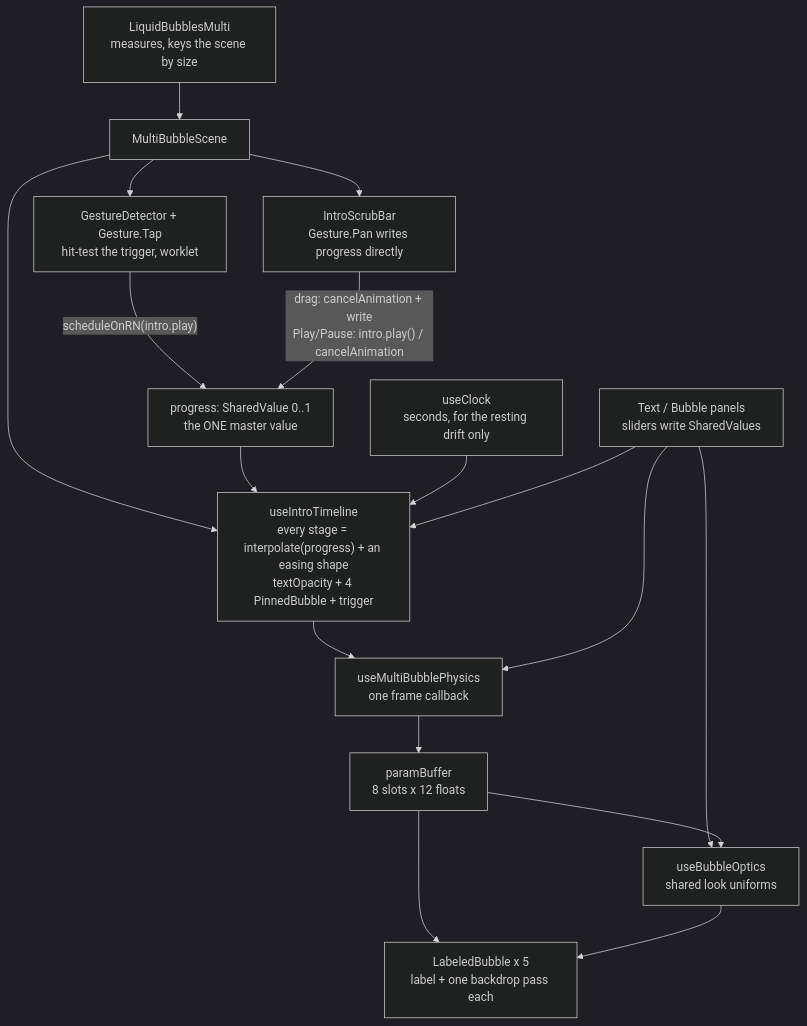
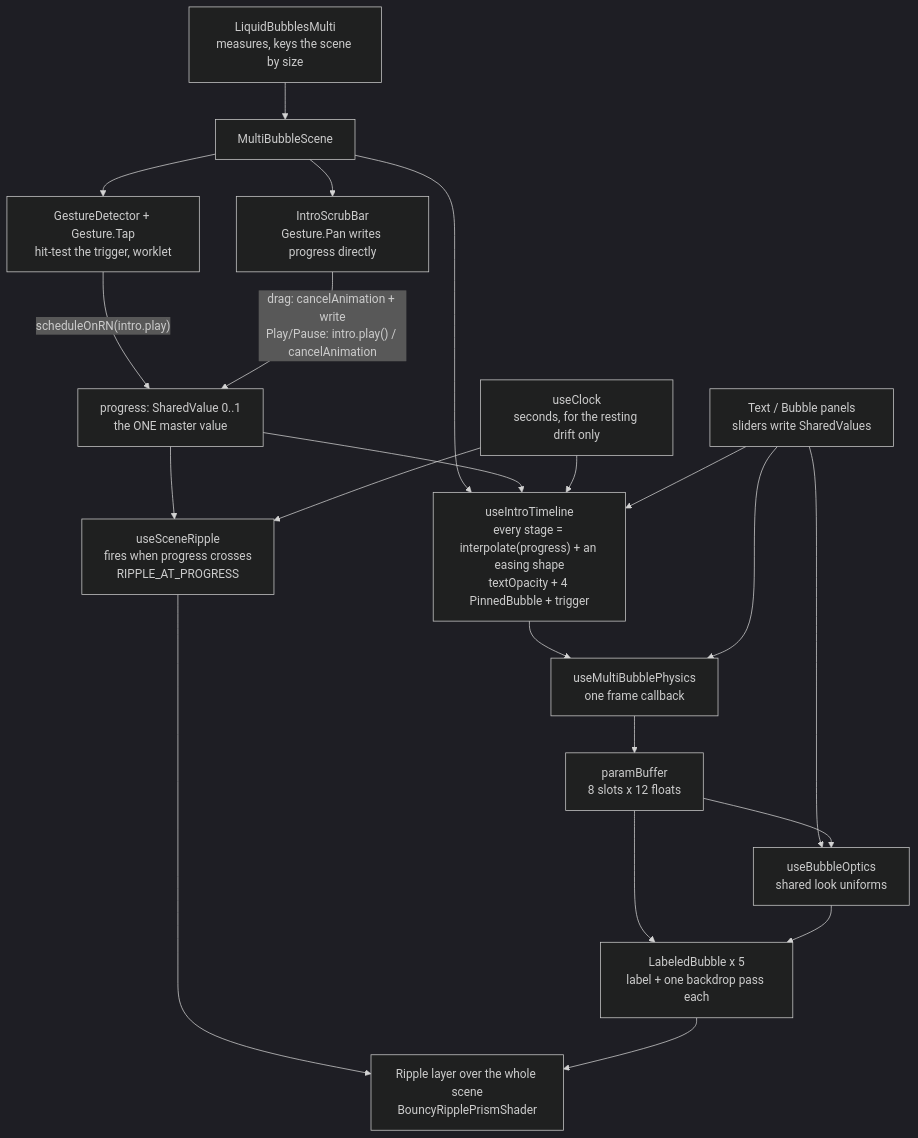
One commit to ImCitizen13/quattro4maggi changed the first of 2 diagrams in src/components/liquid-bubbles-multi/README.md. Above: the diagram before and after it, drawn with Mermaid (dark theme). The commit also changed other lines of this file and 3 other files, not shown here.

First line of the commit message:
Liquid bubbles multi: scene-wide ripple fired just before the bloom

````diff
--- a/src/components/liquid-bubbles-multi/README.md
+++ b/src/components/liquid-bubbles-multi/README.md
@@ -37,27 +38,33 @@
 ```mermaid
 flowchart TD
     LBM["LiquidBubblesMulti<br/>measures, keys the scene by size"]
     SCENE["MultiBubbleScene"]
     CLOCK["useClock<br/>seconds, for the resting drift only"]
     PANELS["Text / Bubble panels<br/>sliders write SharedValues"]
     GESTURE["GestureDetector + Gesture.Tap<br/>hit-test the trigger, worklet"]
     SCRUB["IntroScrubBar<br/>Gesture.Pan writes progress directly"]
     PROGRESS["progress: SharedValue 0..1<br/>the ONE master value"]
     INTRO["useIntroTimeline<br/>every stage = interpolate(progress) + an easing shape<br/>textOpacity + 4 PinnedBubble + trigger"]
     PHYS["useMultiBubblePhysics<br/>one frame callback"]
     BUF["paramBuffer<br/>8 slots x 12 floats"]
     OPTICS["useBubbleOptics<br/>shared look uniforms"]
     PASS["LabeledBubble x 5<br/>label + one backdrop pass each"]
 
     LBM --> SCENE --> INTRO --> PHYS --> BUF --> PASS
     SCENE --> GESTURE
     SCENE --> SCRUB
     GESTURE -- "scheduleOnRN(intro.play)" --> PROGRESS
     SCRUB -- "drag: cancelAnimation + write<br/>Play/Pause: intro.play() / cancelAnimation" --> PROGRESS
+    RIPPLE["useSceneRipple<br/>fires when progress crosses<br/>RIPPLE_AT_PROGRESS"]
+    RLAYER["Ripple layer over the whole scene<br/>BouncyRipplePrismShader"]
+
     PROGRESS --> INTRO
+    PROGRESS --> RIPPLE --> RLAYER
     CLOCK --> INTRO
+    CLOCK --> RIPPLE
     PANELS --> INTRO
     PANELS --> PHYS
     PANELS --> OPTICS
     BUF --> OPTICS --> PASS
+    PASS --> RLAYER
 ```
````
